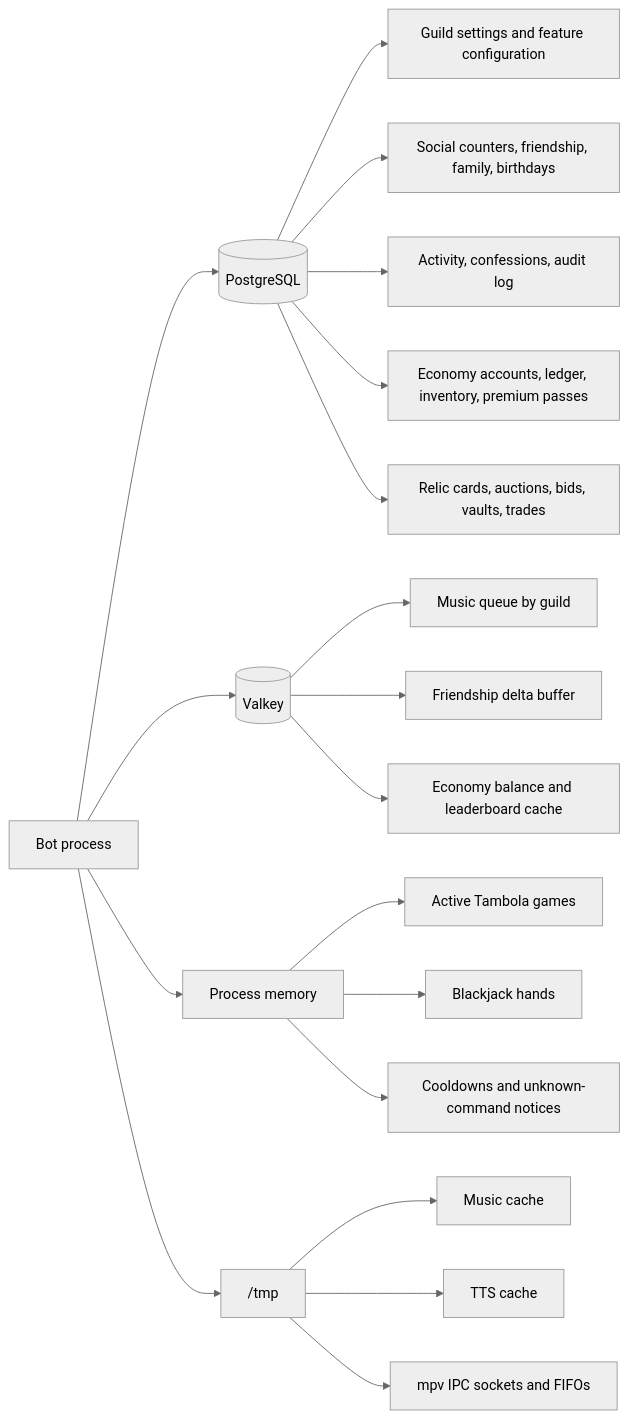
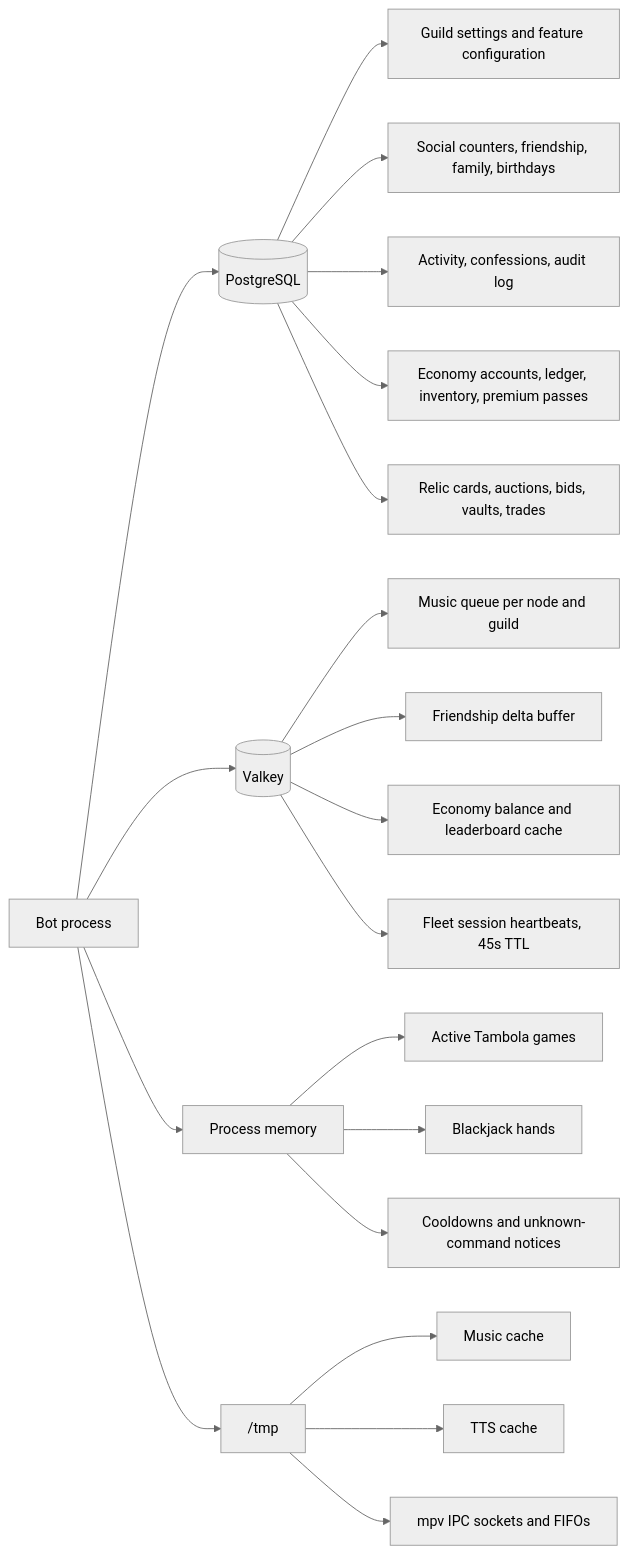
The fourth of 5 diagrams in docs/ARCHITECTURE.md (DeathSurfing/siela-bot), drawn with Mermaid (neutral theme) before and after one commit. The commit also changed other lines of this file and 7 other files, not shown here.

First line of the commit message:
docs: fleet-aware Mermaid diagrams (#32)

````diff
--- a/docs/ARCHITECTURE.md
+++ b/docs/ARCHITECTURE.md
@@ -94,25 +118,26 @@
 ```mermaid
 flowchart LR
   BOT[Bot process] --> PG[(PostgreSQL)]
   BOT --> VK[(Valkey)]
   BOT --> MEM[Process memory]
   BOT --> TMP["/tmp"]
 
   PG --> P1[Guild settings and feature configuration]
   PG --> P2[Social counters, friendship, family, birthdays]
   PG --> P3[Activity, confessions, audit log]
   PG --> P4[Economy accounts, ledger, inventory, premium passes]
   PG --> P5[Relic cards, auctions, bids, vaults, trades]
 
-  VK --> V1[Music queue by guild]
+  VK --> V1[Music queue per node and guild]
   VK --> V2[Friendship delta buffer]
   VK --> V3[Economy balance and leaderboard cache]
+  VK --> V4[Fleet session heartbeats, 45s TTL]
 
   MEM --> M1[Active Tambola games]
   MEM --> M2[Blackjack hands]
   MEM --> M3[Cooldowns and unknown-command notices]
 
   TMP --> T1[Music cache]
   TMP --> T2[TTS cache]
   TMP --> T3[mpv IPC sockets and FIFOs]
 ```
````
